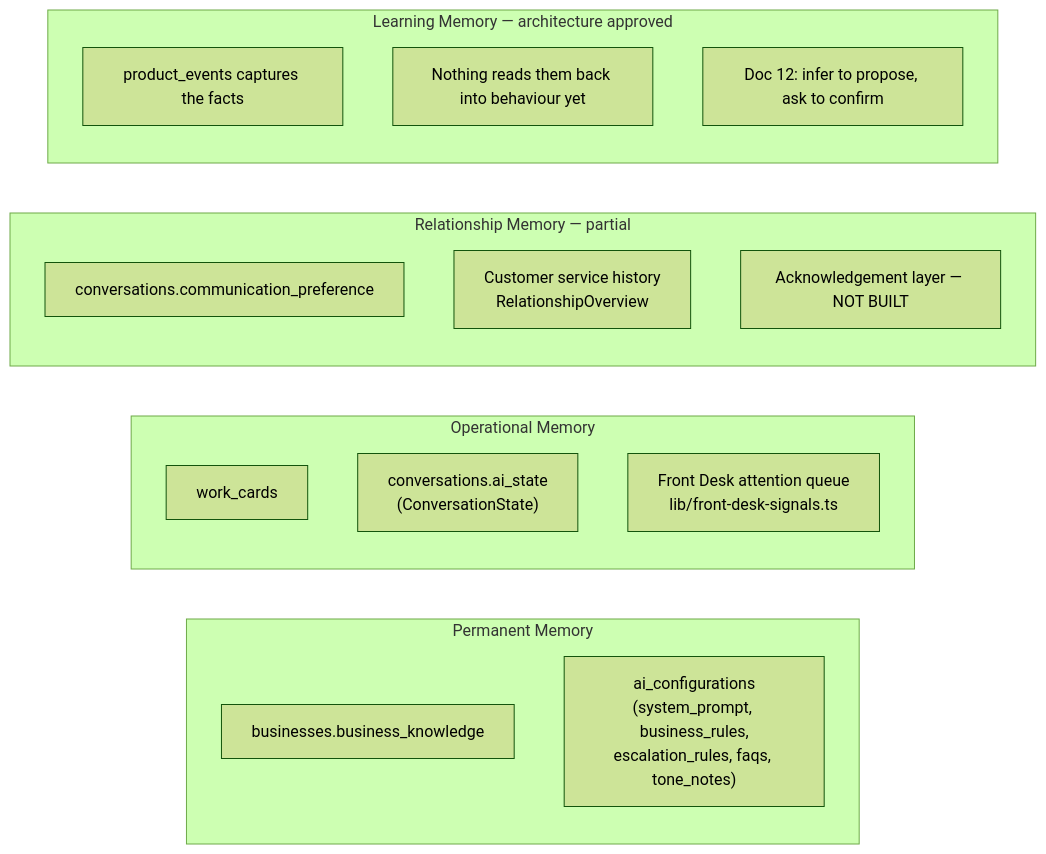
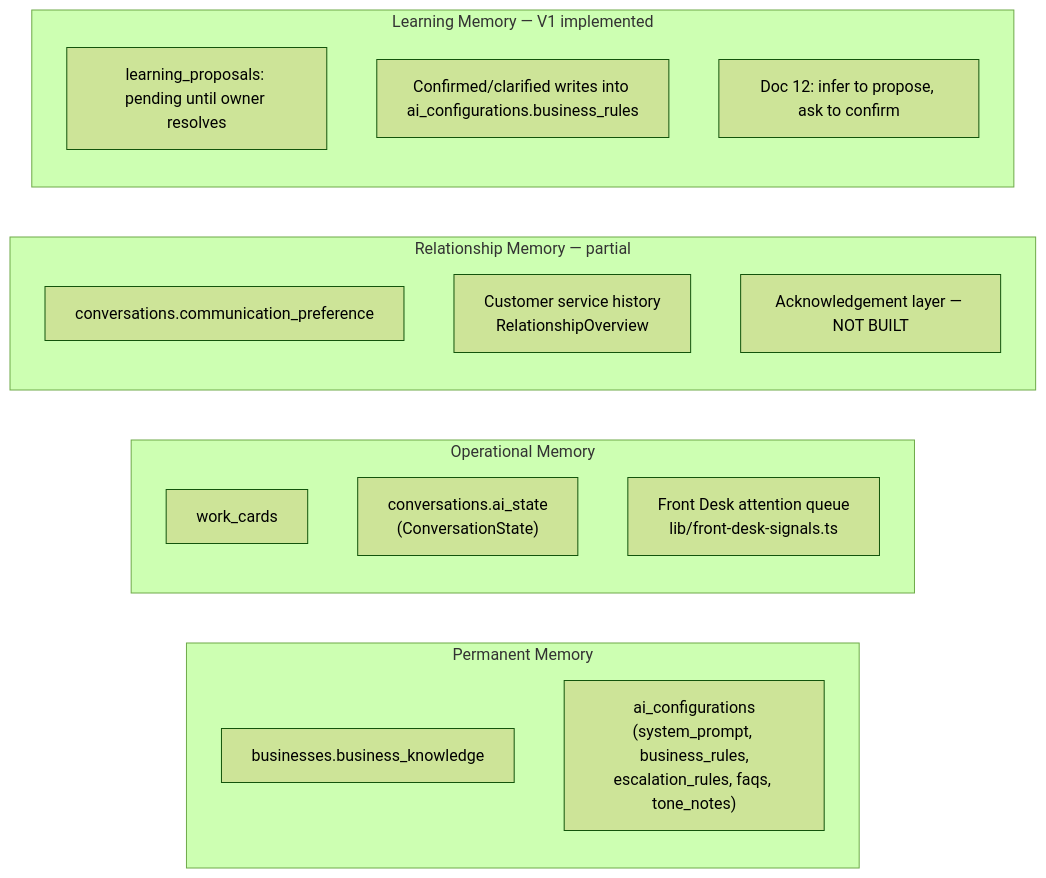
One commit to rumen32215/replyflow-production changed the second of 2 diagrams in DOCS/CONSTITUTION/10-ReplyFlow-Brain-Architecture.md. Above: the diagram before and after it, drawn with Mermaid (forest theme). The commit also changed other lines of this file and 2 other files, not shown here.

First line of the commit message:
Document Learning Memory V1 as shipped

````diff
--- a/DOCS/CONSTITUTION/10-ReplyFlow-Brain-Architecture.md
+++ b/DOCS/CONSTITUTION/10-ReplyFlow-Brain-Architecture.md
@@ -51,22 +51,22 @@
 ```mermaid
 flowchart LR
     subgraph Permanent["Permanent Memory"]
         P1["businesses.business_knowledge"]
         P2["ai_configurations<br/>(system_prompt, business_rules,<br/>escalation_rules, faqs, tone_notes)"]
     end
     subgraph Operational["Operational Memory"]
         O1["work_cards"]
         O2["conversations.ai_state<br/>(ConversationState)"]
         O3["Front Desk attention queue<br/>lib/front-desk-signals.ts"]
     end
     subgraph Relationship["Relationship Memory — partial"]
         R1["conversations.communication_preference"]
         R2["Customer service history<br/>RelationshipOverview"]
         R3["Acknowledgement layer — NOT BUILT"]
     end
-    subgraph Learning["Learning Memory — architecture approved"]
-        L1["product_events captures the facts"]
-        L2["Nothing reads them back into behaviour yet"]
+    subgraph Learning["Learning Memory — V1 implemented"]
+        L1["learning_proposals: pending until owner resolves"]
+        L2["Confirmed/clarified writes into ai_configurations.business_rules"]
         L3["Doc 12: infer to propose, ask to confirm"]
     end
 ```
````
